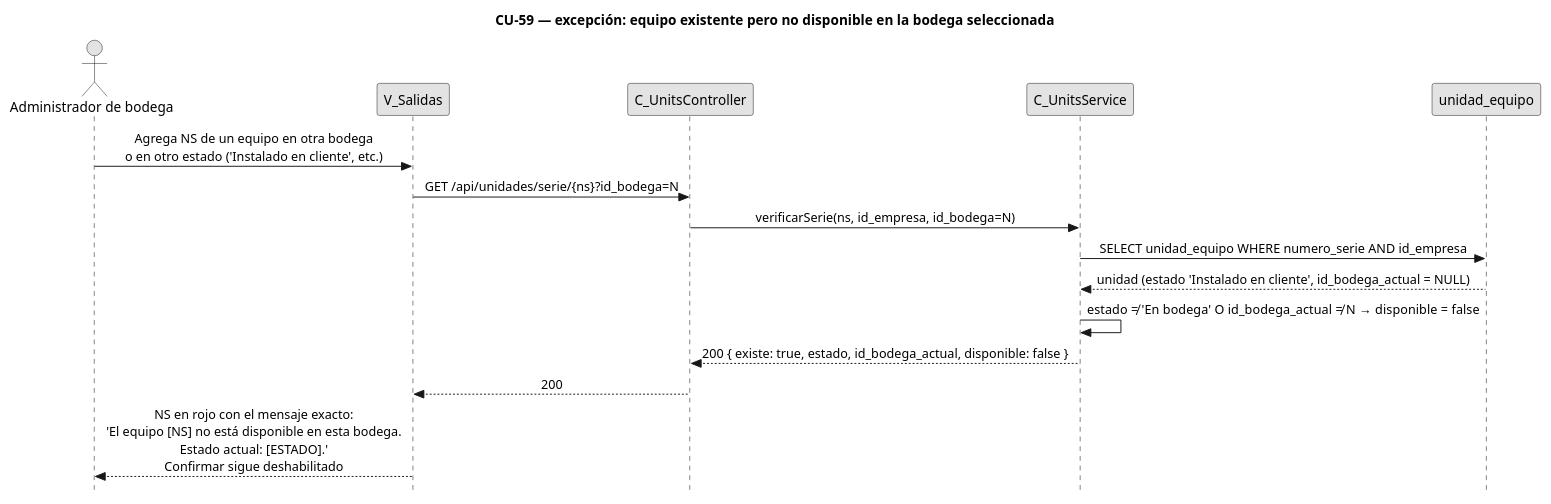
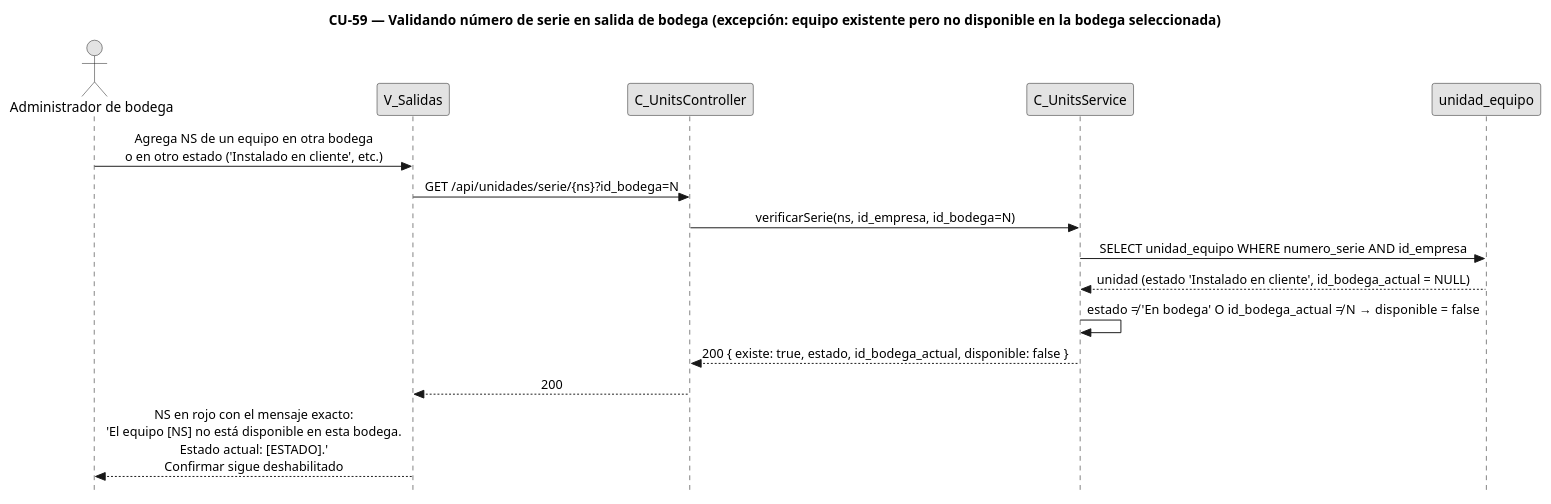
Before and after one commit to FSM-Finet-y-Cable-Magico/Team_1-Inventario-y-Bodega: the diagram in diagramas/diagramas-secuencia/CU59/CU59-exc-otra-bodega-o-estado.puml, drawn with PlantUML. The commit also changed 23 other files, not shown here.

Commit message:
docs(diagramas): agrega el nombre oficial del CU a los títulos de CU-52/54/55/56/58/59/60/62/78/84 (formato incremento 1) y re-render

```diff
--- a/diagramas/diagramas-secuencia/CU59/CU59-exc-otra-bodega-o-estado.puml
+++ b/diagramas/diagramas-secuencia/CU59/CU59-exc-otra-bodega-o-estado.puml
@@ -1,38 +1,38 @@
 @startuml CU59-exc-otra-bodega-o-estado
-title CU-59 — excepción: equipo existente pero no disponible en la bodega seleccionada
+title CU-59 — Validando número de serie en salida de bodega (excepción: equipo existente pero no disponible en la bodega seleccionada)
 skinparam style strictuml
 skinparam monochrome true
 skinparam shadowing false
 skinparam sequenceMessageAlign center
 <style>
 sequenceDiagram {
   participant {
     margin 30
   }
   actor {
     margin 12
   }
 }
 </style>
 skinparam sequence {
   MessageAlign center
   LifeLineBorderColor black
 }
 hide footbox
 
 actor "Administrador de bodega" as user
 participant "V_Salidas" as view
 participant "C_UnitsController" as uctrl
 participant "C_UnitsService" as usvc
 participant "unidad_equipo" as uent
 
 user -> view : Agrega NS de un equipo en otra bodega\no en otro estado ('Instalado en cliente', etc.)
 view -> uctrl : GET /api/unidades/serie/{ns}?id_bodega=N
 uctrl -> usvc : verificarSerie(ns, id_empresa, id_bodega=N)
 usvc -> uent : SELECT unidad_equipo WHERE numero_serie AND id_empresa
 uent --> usvc : unidad (estado 'Instalado en cliente', id_bodega_actual = NULL)
 usvc -> usvc : estado ≠ 'En bodega' O id_bodega_actual ≠ N → disponible = false
 usvc --> uctrl : 200 { existe: true, estado, id_bodega_actual, disponible: false }
 uctrl --> view : 200
 view --> user : NS en rojo con el mensaje exacto:\n'El equipo [NS] no está disponible en esta bodega.\nEstado actual: [ESTADO].'\nConfirmar sigue deshabilitado
 @enduml
```
